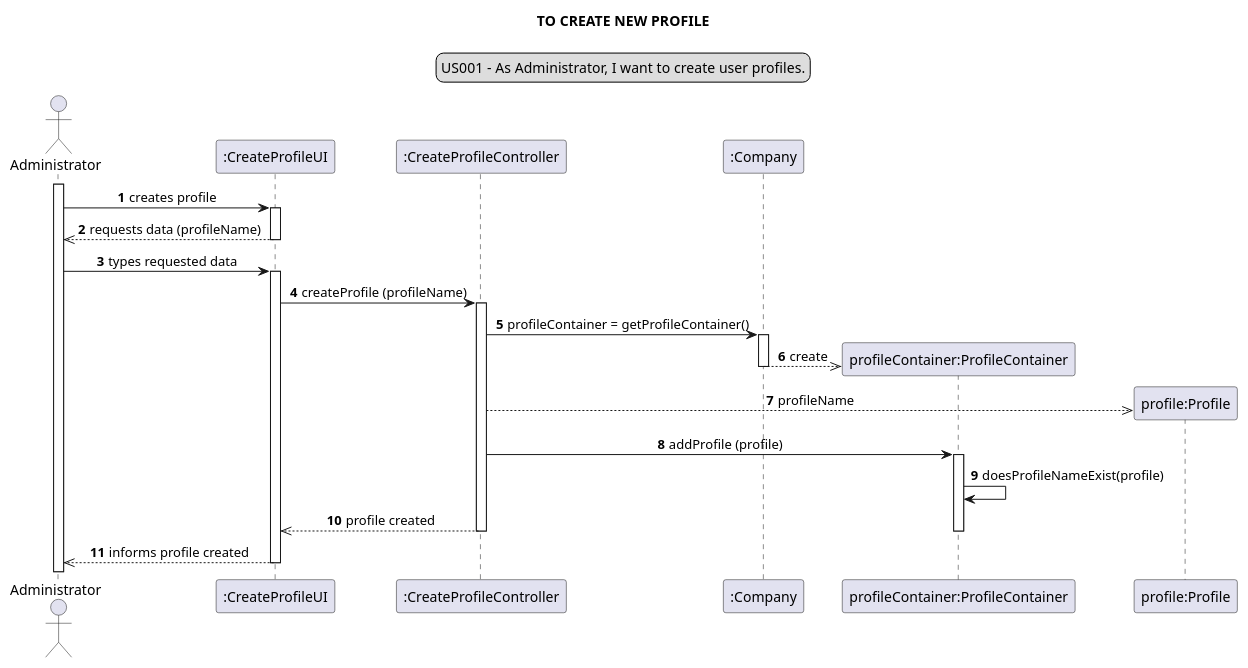
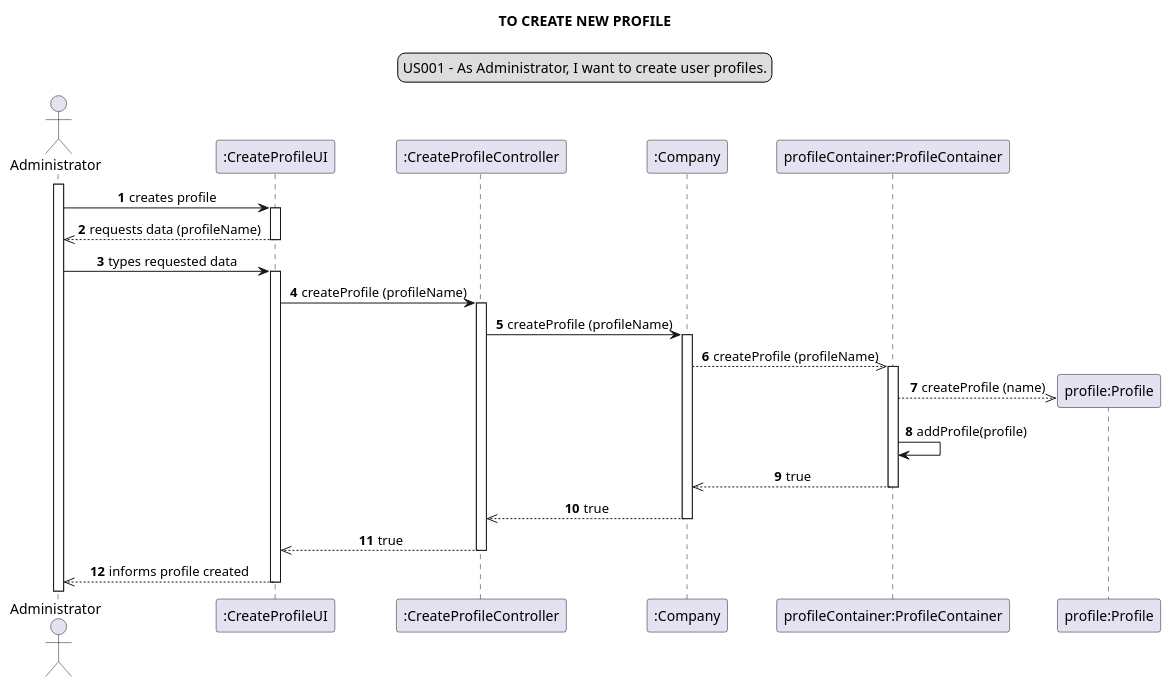
The diagram in docs/modelling_design/user_stories/us001/US001_sequenceDiagram.puml (Loracline/project_switch_22-23), drawn with PlantUML before and after one commit. The commit also changed 1 other file, not shown here.

Commit message:
US001 : Design : refinement of class diagram and sequence diagram based on sprint review feedback.

```diff
--- a/docs/modelling_design/user_stories/us001/US001_sequenceDiagram.puml
+++ b/docs/modelling_design/user_stories/us001/US001_sequenceDiagram.puml
@@ -1,42 +1,48 @@
 @startuml
 
 skinparam sequenceMessageAlign center
 title TO CREATE NEW PROFILE
 legend top
 US001 - As Administrator, I want to create user profiles.
 end legend
 autonumber
 actor Administrator
-participant ":CreateProfileUI" as cpu
+participant ":CreateProfileUI" as cpui
 participant ":CreateProfileController" as cpc
 participant ":Company" as Company
 participant "profileContainer:ProfileContainer" as ProfileContainer
 participant "profile:Profile" as Profile
 activate Administrator
-Administrator -> cpu: creates profile
-activate cpu
-cpu -->> Administrator: requests data (profileName)
-deactivate cpu
-Administrator -> cpu: types requested data
-activate cpu
-cpu -> cpc: createProfile (profileName)
+Administrator -> cpui: creates profile
+activate cpui
+cpui -->> Administrator: requests data (profileName)
+deactivate cpui
+Administrator -> cpui: types requested data
+activate cpui
+cpui -> cpc: createProfile (profileName)
 activate cpc
-cpc -> Company: profileContainer = getProfileContainer()
+cpc -> Company: createProfile (profileName)
 activate Company
-create ProfileContainer
-Company -->> ProfileContainer: create
+
+
+Company -->> ProfileContainer: createProfile (profileName)
+activate ProfileContainer
+
+
+create Profile
+ProfileContainer -->> Profile: createProfile (name)
+
+ProfileContainer -> ProfileContainer: addProfile(profile)
+ProfileContainer -->> Company: true
+deactivate ProfileContainer
+
+Company -->> cpc: true
+deactivate ProfileContainer
 deactivate Company
-create Profile
-cpc -->> Profile: profileName
-deactivate Profile
-cpc -> ProfileContainer: addProfile (profile)
-activate ProfileContainer
-ProfileContainer -> ProfileContainer: doesProfileNameExist(profile)
-cpc -->> cpu: profile created
-deactivate ProfileContainer
+cpc -->> cpui: true
 deactivate cpc
-cpu -->> Administrator: informs profile created
-deactivate cpu
+cpui -->> Administrator: informs profile created
+deactivate cpui
 
 
 @enduml
```
